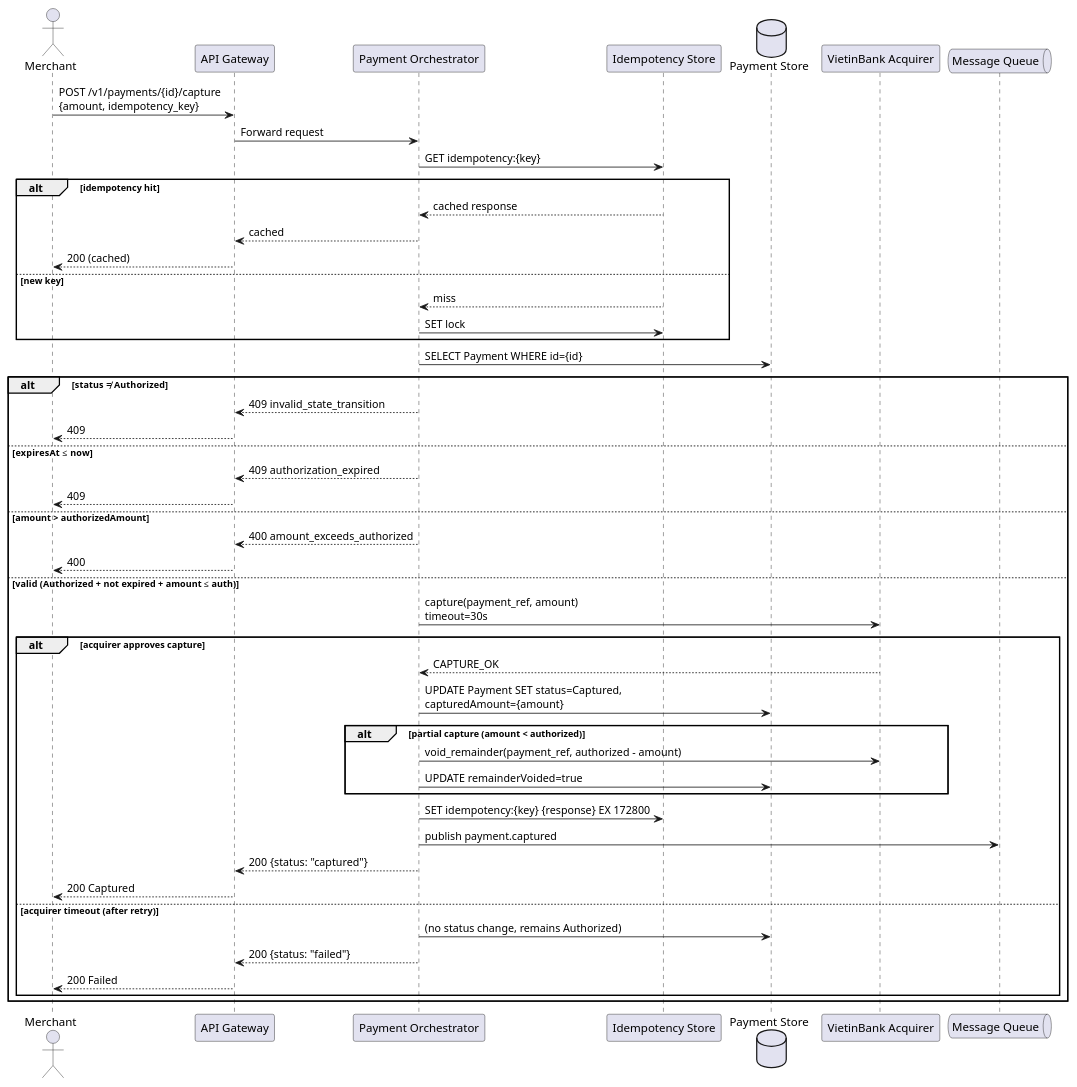
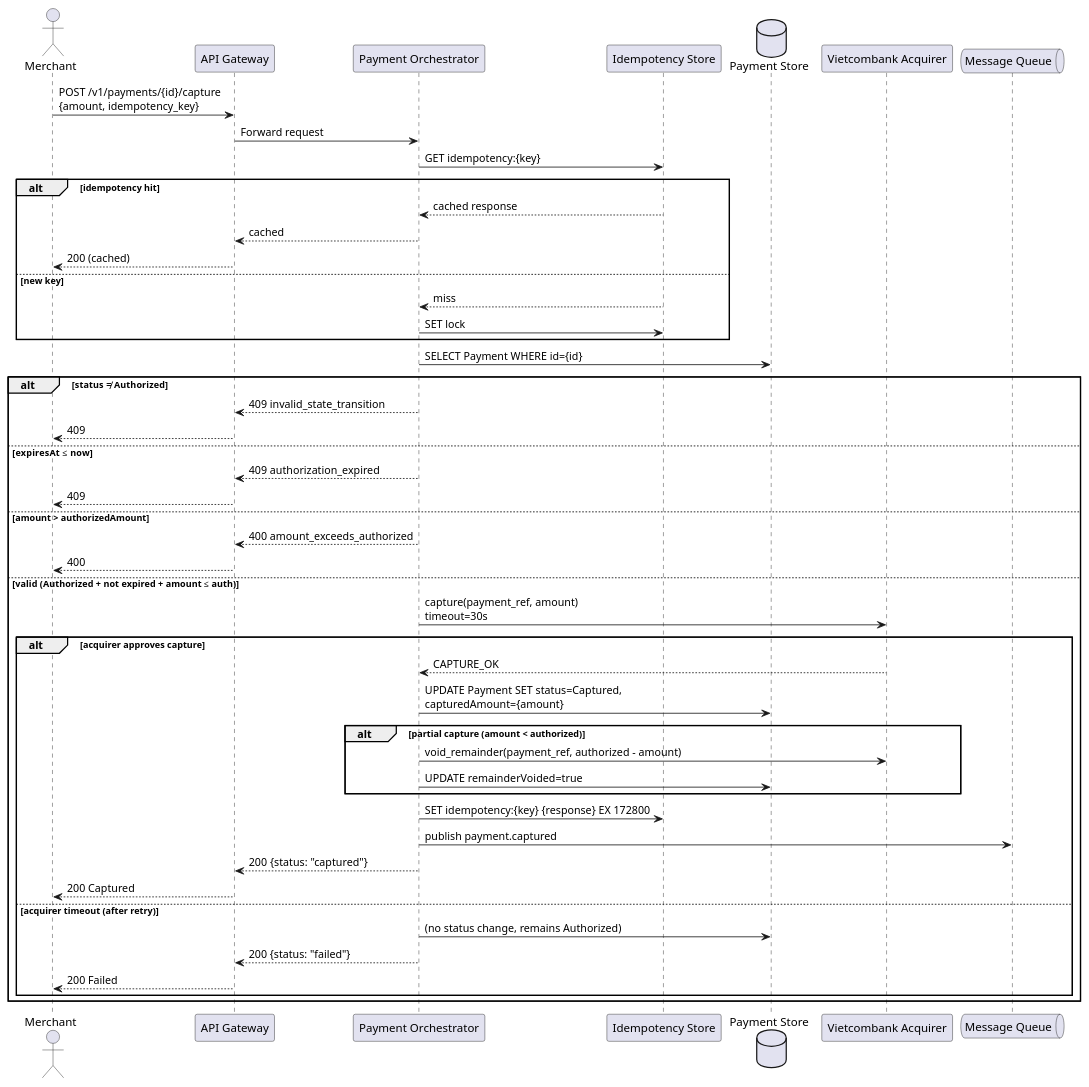
Before and after one commit to manhtienptit/team3: the second of 5 diagrams in Lb/Lab5-UML-LowLevel.md, drawn with PlantUML. The commit also changed other lines of this file and 7 other files, not shown here.

````diff
--- a/Lb/Lab5-UML-LowLevel.md
+++ b/Lb/Lab5-UML-LowLevel.md
@@ -151,60 +151,60 @@
 ```plantuml
 @startuml
 actor Merchant
 participant "API Gateway" as APIGW
 participant "Payment Orchestrator" as Orch
 participant "Idempotency Store" as Redis
 database "Payment Store" as PG
-participant "VietinBank Acquirer" as Acquirer
+participant "Vietcombank Acquirer" as Acquirer
 queue "Message Queue" as MQ
 
 Merchant -> APIGW : POST /v1/payments/{id}/capture\n{amount, idempotency_key}
 APIGW -> Orch : Forward request
 
 Orch -> Redis : GET idempotency:{key}
 
 alt idempotency hit
     Redis --> Orch : cached response
     Orch --> APIGW : cached
     APIGW --> Merchant : 200 (cached)
 else new key
     Redis --> Orch : miss
     Orch -> Redis : SET lock
 end
 
 Orch -> PG : SELECT Payment WHERE id={id}
 
 alt status ≠ Authorized
     Orch --> APIGW : 409 invalid_state_transition
     APIGW --> Merchant : 409
 else expiresAt ≤ now
     Orch --> APIGW : 409 authorization_expired
     APIGW --> Merchant : 409
 else amount > authorizedAmount
     Orch --> APIGW : 400 amount_exceeds_authorized
     APIGW --> Merchant : 400
 else valid (Authorized + not expired + amount ≤ auth)
     Orch -> Acquirer : capture(payment_ref, amount)\ntimeout=30s
     
     alt acquirer approves capture
         Acquirer --> Orch : CAPTURE_OK
         Orch -> PG : UPDATE Payment SET status=Captured,\ncapturedAmount={amount}
         
         alt partial capture (amount < authorized)
             Orch -> Acquirer : void_remainder(payment_ref, authorized - amount)
             Orch -> PG : UPDATE remainderVoided=true
         end
         
         Orch -> Redis : SET idempotency:{key} {response} EX 172800
         Orch -> MQ : publish payment.captured
         Orch --> APIGW : 200 {status: "captured"}
         APIGW --> Merchant : 200 Captured
     else acquirer timeout (after retry)
         Orch -> PG : (no status change, remains Authorized)
         Orch --> APIGW : 200 {status: "failed"}
         APIGW --> Merchant : 200 Failed
     end
 end
 
 @enduml
 ```
````
